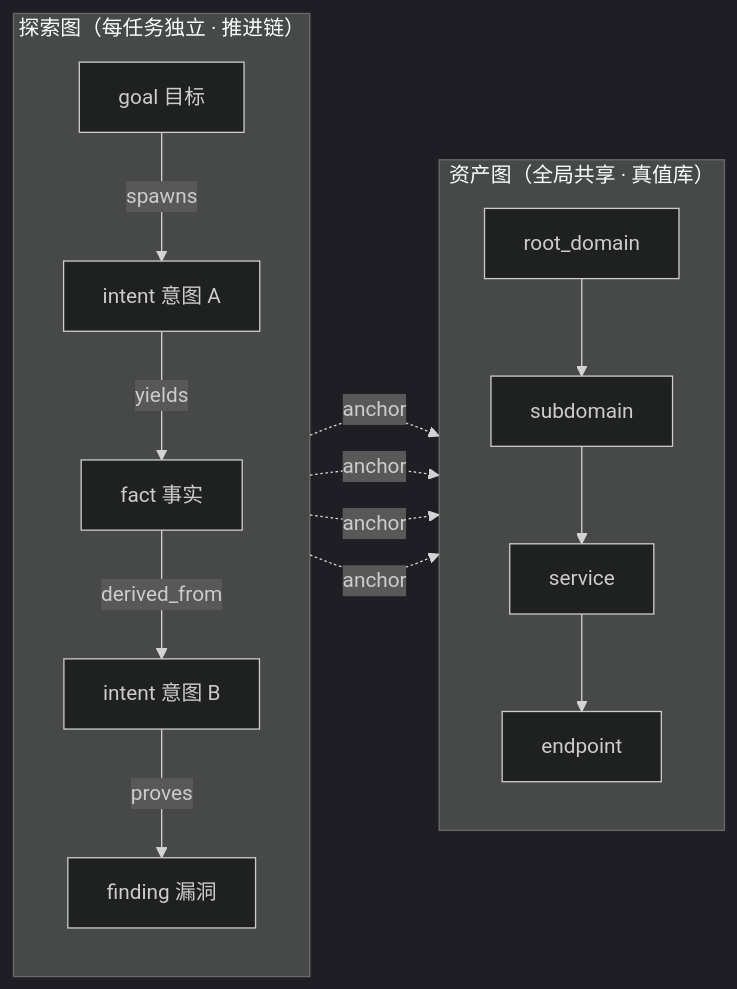
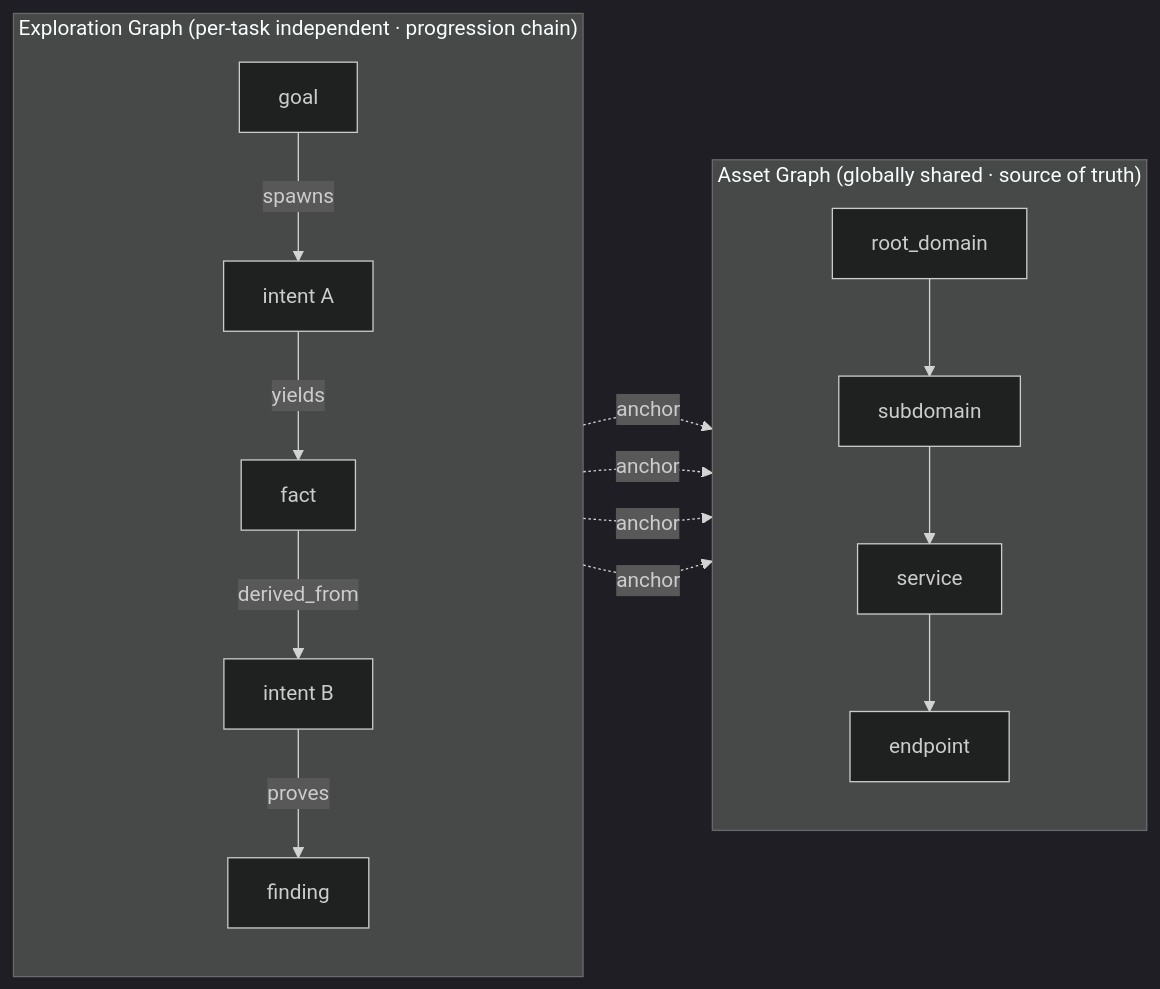
The second of 5 diagrams in README.md (mokerenki/cautious-memory), drawn with Mermaid (dark theme) before and after one commit. The commit also changed other lines of this file, not shown here.

````diff
--- a/README.md
+++ b/README.md
@@ -353,27 +339,27 @@
 ```mermaid
 flowchart LR
-  subgraph EG["探索图（每任务独立 · 推进链）"]
+  subgraph EG["Exploration Graph (per-task independent · progression chain)"]
     direction TB
-    G["goal 目标"]
-    I1["intent 意图 A"]
-    F1["fact 事实"]
-    I2["intent 意图 B"]
-    FD["finding 漏洞"]
+    G["goal"]
+    I1["intent A"]
+    F1["fact"]
+    I2["intent B"]
+    FD["finding"]
     G -->|spawns| I1
     I1 -->|yields| F1
     F1 -->|derived_from| I2
     I2 -->|proves| FD
   end
-  subgraph AG["资产图（全局共享 · 真值库）"]
+  subgraph AG["Asset Graph (globally shared · source of truth)"]
     direction TB
     RD["root_domain"]
     SD["subdomain"]
     SV["service"]
     EP["endpoint"]
     RD --> SD --> SV --> EP
   end
   I1 -. anchor .-> SD
   F1 -. anchor .-> SV
   I2 -. anchor .-> EP
   FD -. anchor .-> EP
 ```
````
